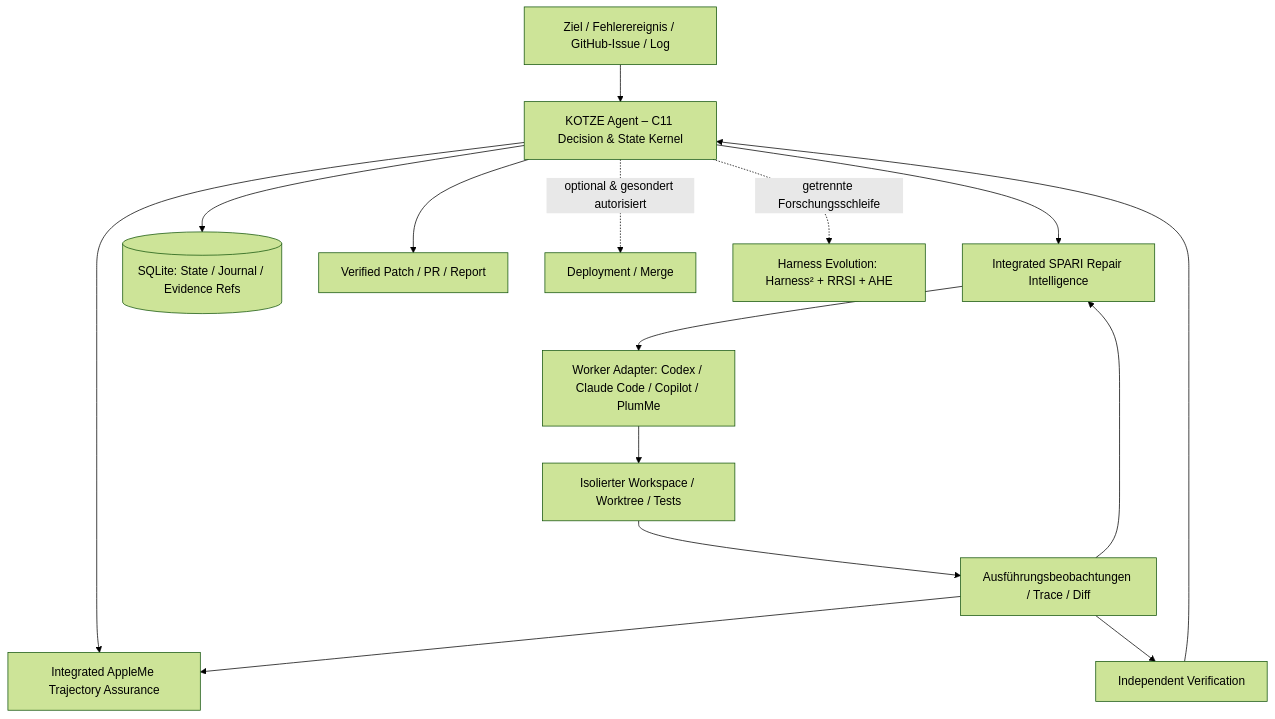
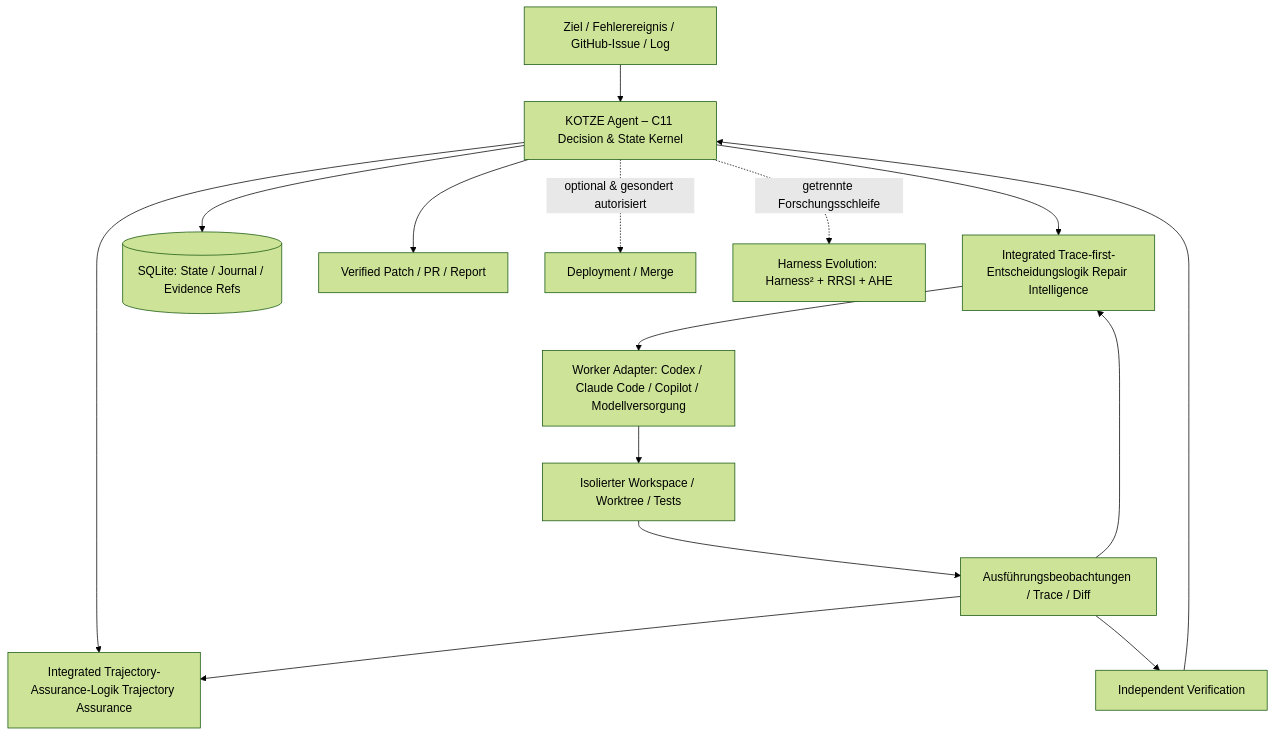
One commit to tonnestate/Kotze changed the first of 2 diagrams in docs/KOTZE-Agent-Konzept.md. Above: the diagram before and after it, drawn with Mermaid (forest theme). The commit also changed other lines of this file, not shown here.

Commit message:
docs: integrate trace-guided APR research, causal graph, and continuous improvement into v1.2

````diff
--- a/docs/KOTZE-Agent-Konzept.md
+++ b/docs/KOTZE-Agent-Konzept.md
@@ -215,17 +215,17 @@
 ```mermaid
 flowchart TB
     I[Ziel / Fehlerereignis / GitHub-Issue / Log] --> K[KOTZE Agent – C11 Decision & State Kernel]
-    K --> S[Integrated SPARI Repair Intelligence]
-    K --> A[Integrated AppleMe Trajectory Assurance]
+    K --> S[Integrated Trace-first-Entscheidungslogik Repair Intelligence]
+    K --> A[Integrated Trajectory-Assurance-Logik Trajectory Assurance]
     K --> M[(SQLite: State / Journal / Evidence Refs)]
-    S --> W[Worker Adapter: Codex / Claude Code / Copilot / PlumMe]
+    S --> W[Worker Adapter: Codex / Claude Code / Copilot / Modellversorgung]
     W --> X[Isolierter Workspace / Worktree / Tests]
     X --> O[Ausführungsbeobachtungen / Trace / Diff]
     O --> S
     O --> A
     O --> V[Independent Verification]
     V --> K
     K --> P[Verified Patch / PR / Report]
     K -. optional & gesondert autorisiert .-> U[Deployment / Merge]
     K -. getrennte Forschungsschleife .-> R[Harness Evolution: Harness² + RRSI + AHE]
 ```
````
